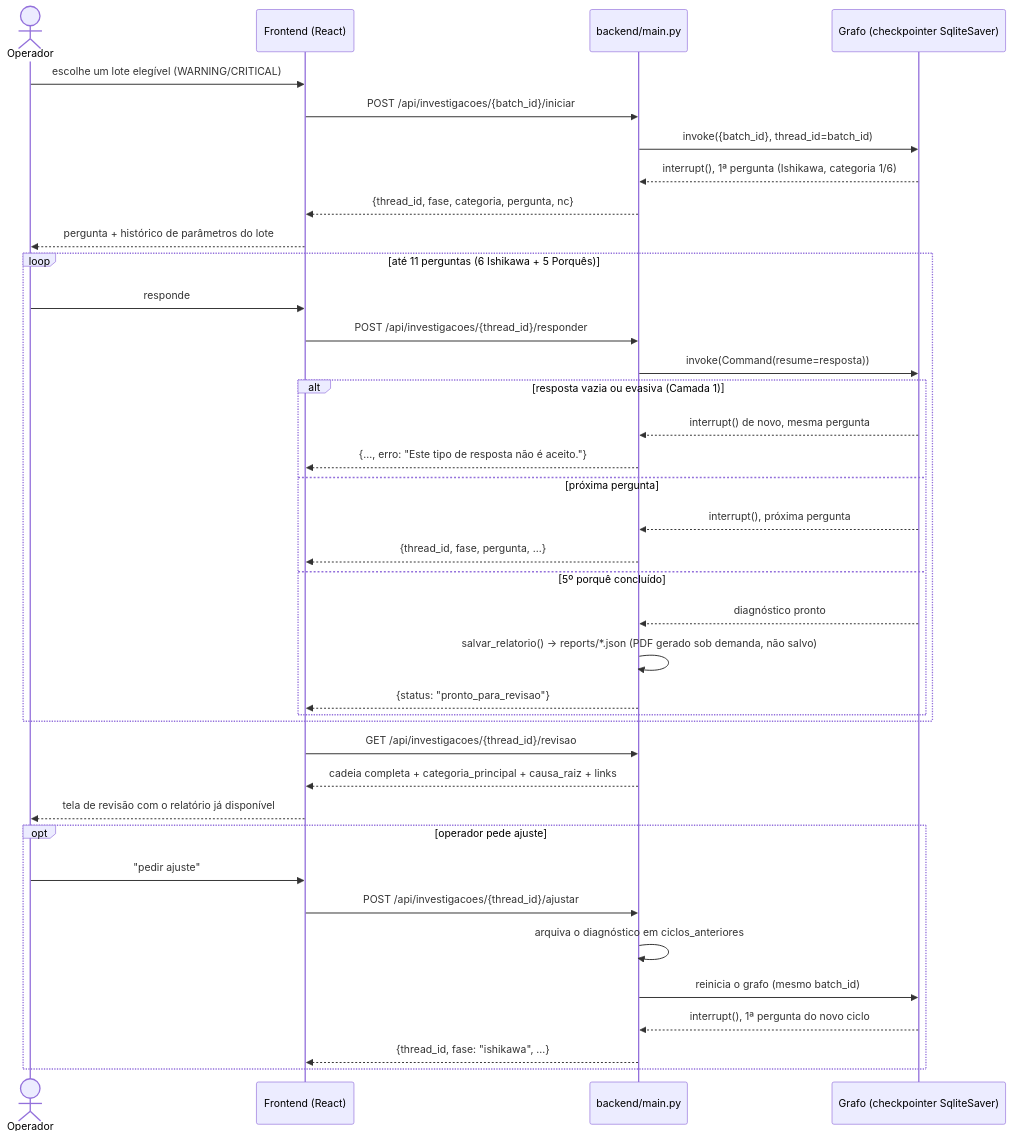
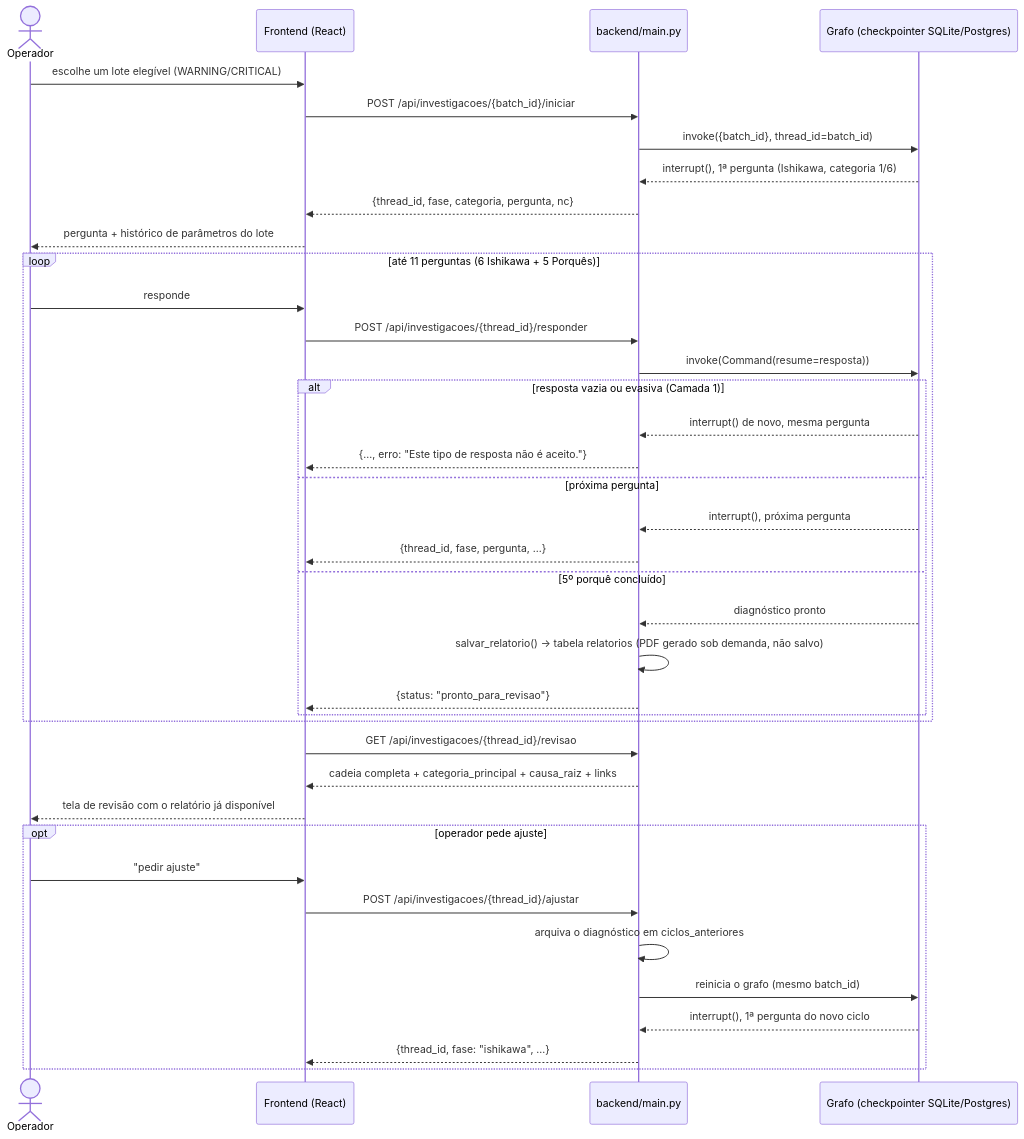
One commit to micheleoliveiracod/Root-Spector changed the second of 2 diagrams in docs/diagrama-fluxo.md. Above: the diagram before and after it, drawn with Mermaid. The commit also changed other lines of this file and 14 other files, not shown here.

````diff
--- a/docs/diagrama-fluxo.md
+++ b/docs/diagrama-fluxo.md
@@ -75,44 +82,44 @@
 ```mermaid
 sequenceDiagram
     actor Operador
     participant FE as Frontend (React)
     participant API as backend/main.py
-    participant G as Grafo (checkpointer SqliteSaver)
+    participant G as Grafo (checkpointer SQLite/Postgres)
 
     Operador->>FE: escolhe um lote elegível (WARNING/CRITICAL)
     FE->>API: POST /api/investigacoes/{batch_id}/iniciar
     API->>G: invoke({batch_id}, thread_id=batch_id)
     G-->>API: interrupt(), 1ª pergunta (Ishikawa, categoria 1/6)
     API-->>FE: {thread_id, fase, categoria, pergunta, nc}
     FE-->>Operador: pergunta + histórico de parâmetros do lote
 
     loop até 11 perguntas (6 Ishikawa + 5 Porquês)
         Operador->>FE: responde
         FE->>API: POST /api/investigacoes/{thread_id}/responder
         API->>G: invoke(Command(resume=resposta))
         alt resposta vazia ou evasiva (Camada 1)
             G-->>API: interrupt() de novo, mesma pergunta
             API-->>FE: {..., erro: "Este tipo de resposta não é aceito."}
         else próxima pergunta
             G-->>API: interrupt(), próxima pergunta
             API-->>FE: {thread_id, fase, pergunta, ...}
         else 5º porquê concluído
             G-->>API: diagnóstico pronto
-            API->>API: salvar_relatorio() → reports/*.json (PDF gerado sob demanda, não salvo)
+            API->>API: salvar_relatorio() → tabela relatorios (PDF gerado sob demanda, não salvo)
             API-->>FE: {status: "pronto_para_revisao"}
         end
     end
 
     FE->>API: GET /api/investigacoes/{thread_id}/revisao
     API-->>FE: cadeia completa + categoria_principal + causa_raiz + links
     FE-->>Operador: tela de revisão com o relatório já disponível
 
     opt operador pede ajuste
         Operador->>FE: "pedir ajuste"
         FE->>API: POST /api/investigacoes/{thread_id}/ajustar
         API->>API: arquiva o diagnóstico em ciclos_anteriores
         API->>G: reinicia o grafo (mesmo batch_id)
         G-->>API: interrupt(), 1ª pergunta do novo ciclo
         API-->>FE: {thread_id, fase: "ishikawa", ...}
     end
 ```
````
